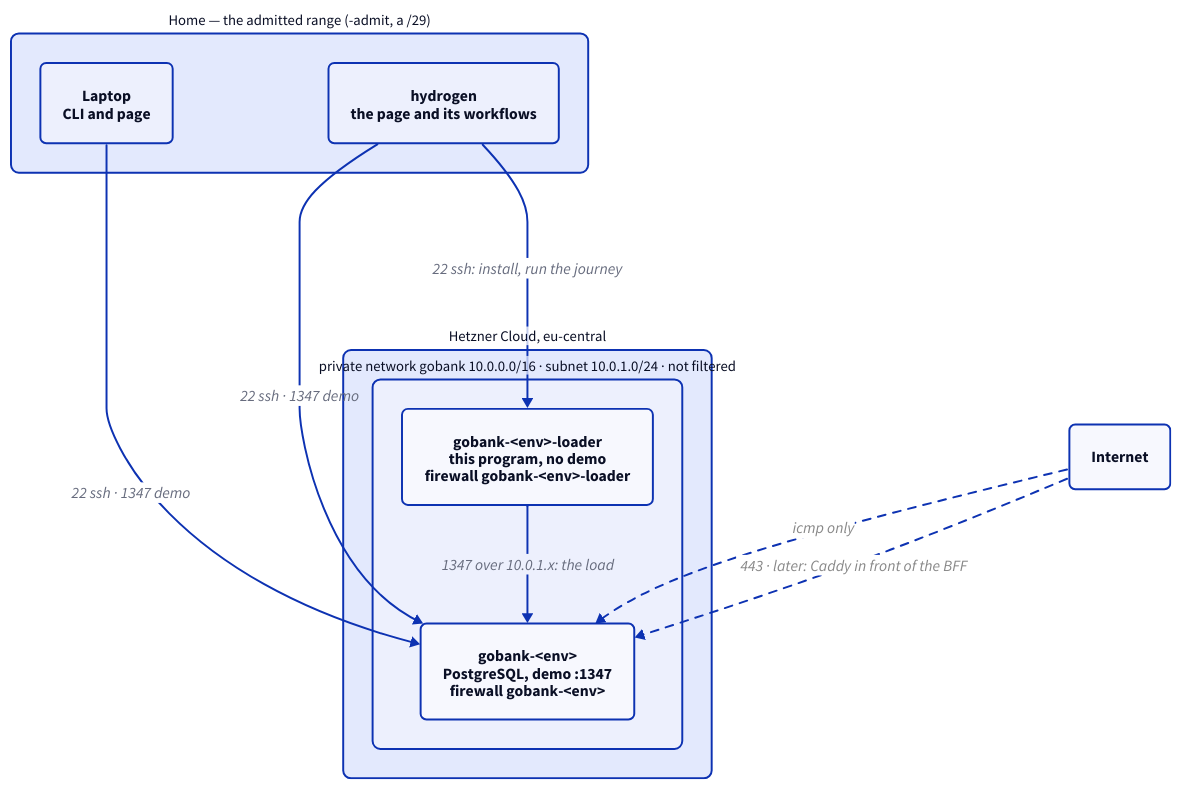
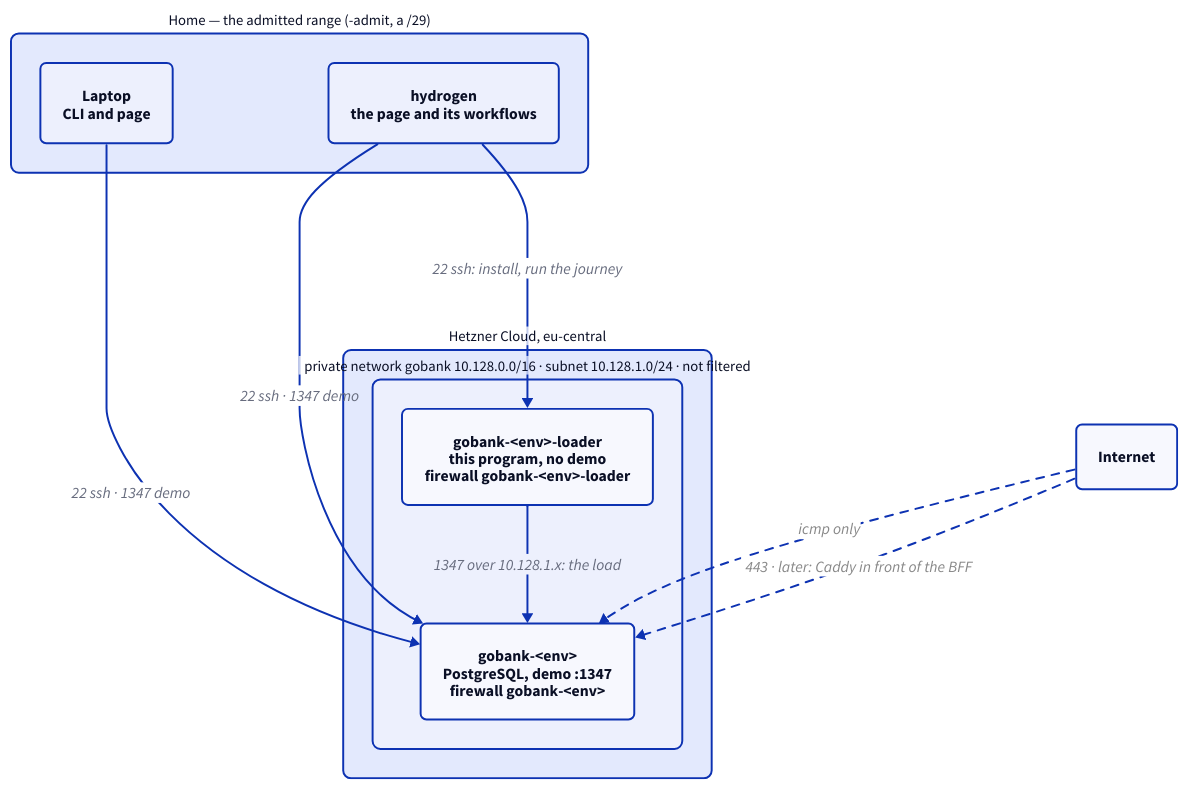
The diagram in networking.d2 (drummonds/gobank-deploy), drawn with D2 before and after one commit. The commit also changed 12 other files, not shown here.

Commit message:
Private network on 10.128.0.0/16, clear of home's 10.0 and 10.1 LANs (#26)

```diff
--- a/networking.d2
+++ b/networking.d2
@@ -1,35 +1,35 @@
 # One question: which traffic reaches which box, and what lets it? The
 # firewalls filter the public interfaces only; the private network is not
 # filtered. What an up does is deploy-sequence.d2.
 
 direction: down
 
 classes: {
   place: {style.border-radius: 8; style.font-size: 15}
   part: {shape: rectangle; style.border-radius: 6}
   closed: {style.stroke-dash: 4; style.font-color: "#888"}
 }
 
 home: "Home — the admitted range (-admit, a /29)" {
   class: place
   laptop: "Laptop\nCLI and page" {class: part}
   hydrogen: "hydrogen\nthe page and its workflows" {class: part}
 }
 
 world: "Internet" {class: part}
 
 hetzner: "Hetzner Cloud, eu-central" {
   class: place
-  net: "private network gobank 10.0.0.0/16 · subnet 10.0.1.0/24 · not filtered" {
+  net: "private network gobank 10.128.0.0/16 · subnet 10.128.1.0/24 · not filtered" {
     class: place
     target: "gobank-<env>\nPostgreSQL, demo :1347\nfirewall gobank-<env>" {class: part}
     loader: "gobank-<env>-loader\nthis program, no demo\nfirewall gobank-<env>-loader" {class: part}
   }
 }
 
 home.laptop -> hetzner.net.target: "22 ssh · 1347 demo"
 home.hydrogen -> hetzner.net.target: "22 ssh · 1347 demo"
 home.hydrogen -> hetzner.net.loader: "22 ssh: install, run the journey"
-hetzner.net.loader -> hetzner.net.target: "1347 over 10.0.1.x: the load"
+hetzner.net.loader -> hetzner.net.target: "1347 over 10.128.1.x: the load"
 world -> hetzner.net.target: "icmp only" {class: closed}
 world -> hetzner.net.target: "443 · later: Caddy in front of the BFF" {class: closed}
```
